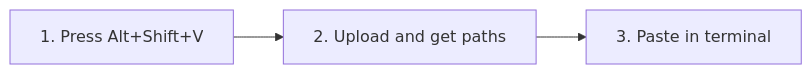
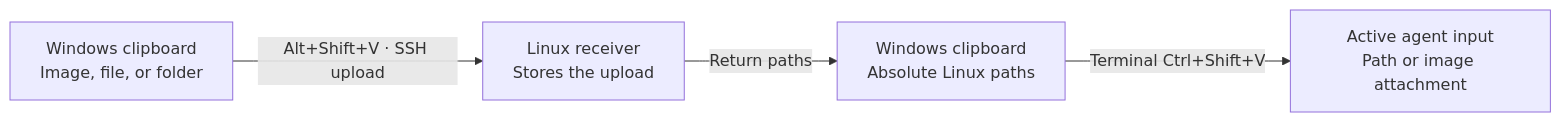
One commit to NewbieToEverything/clip-win-linux changed the first of 2 diagrams in README.md. Above: the diagram before and after it, drawn with Mermaid. The commit also changed other lines of this file and 1 other file, not shown here.

Commit message:
Show upload data and returned paths in the flowchart

````diff
--- a/README.md
+++ b/README.md
@@ -13,5 +13,10 @@
 ```mermaid
 flowchart LR
-    A["1. Press Alt+Shift+V"] --> B["2. Upload and get paths"]
-    B --> C["3. Paste in terminal"]
+    A["Windows clipboard<br/>Image, file, or folder"]
+    B["Linux receiver<br/>Stores the upload"]
+    C["Windows clipboard<br/>Absolute Linux paths"]
+    D["Active agent input<br/>Path or image attachment"]
+    A -->|"Alt+Shift+V · SSH upload"| B
+    B -->|"Return paths"| C
+    C -->|"Terminal Ctrl+Shift+V"| D
 ```
````
